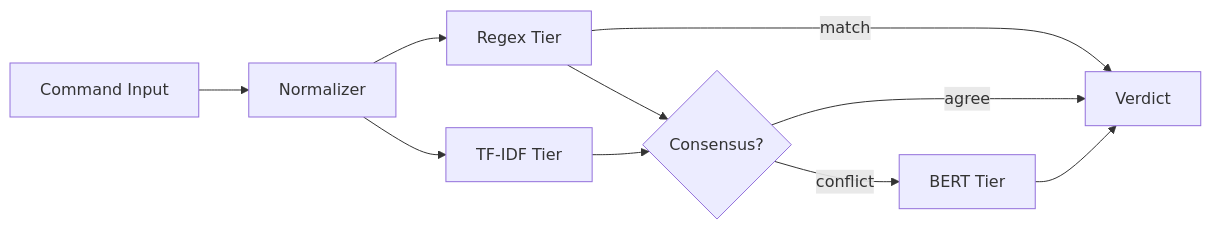
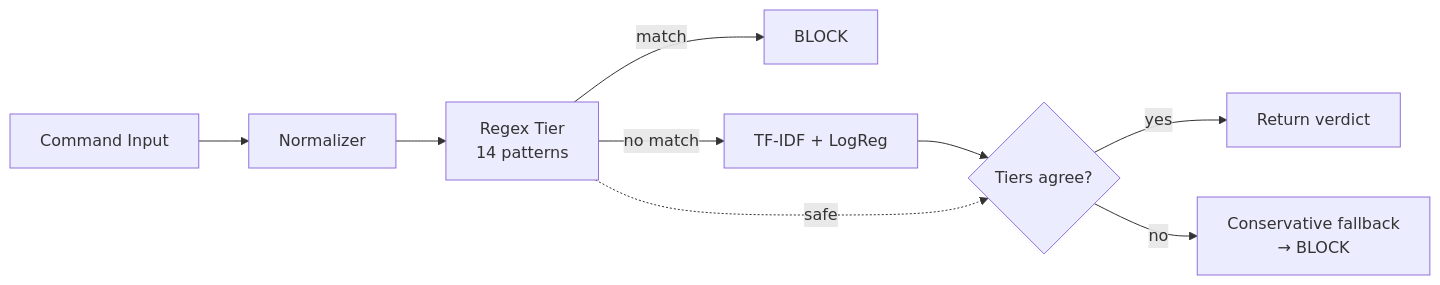
One commit to AdityaHegde712/bash-malice-classifier changed the diagram in CODEBASE.md. Above: the diagram before and after it, drawn with Mermaid. The commit also changed other lines of this file and 70 other files, not shown here.

````diff
--- a/CODEBASE.md
+++ b/CODEBASE.md
@@ -31,12 +30,11 @@
 ```mermaid
 graph LR
     CMD[Command Input] --> NORM[Normalizer]
-    NORM --> REGEX[Regex Tier]
-    NORM --> TFIDF[TF-IDF Tier]
-    REGEX -->|match| VERDICT[Verdict]
-    TFIDF --> CONSENSUS{Consensus?}
-    REGEX --> CONSENSUS
-    CONSENSUS -->|agree| VERDICT
-    CONSENSUS -->|conflict| BERT[BERT Tier]
-    BERT --> VERDICT
+    NORM --> REGEX[Regex Tier<br/>14 patterns]
+    REGEX -->|match| BLOCK[BLOCK]
+    REGEX -->|no match| TFIDF[TF-IDF + LogReg]
+    TFIDF --> AGREE{Tiers agree?}
+    REGEX -.->|safe| AGREE
+    AGREE -->|yes| VERDICT[Return verdict]
+    AGREE -->|no| FALLBACK[Conservative fallback<br/>→ BLOCK]
 ```
````
